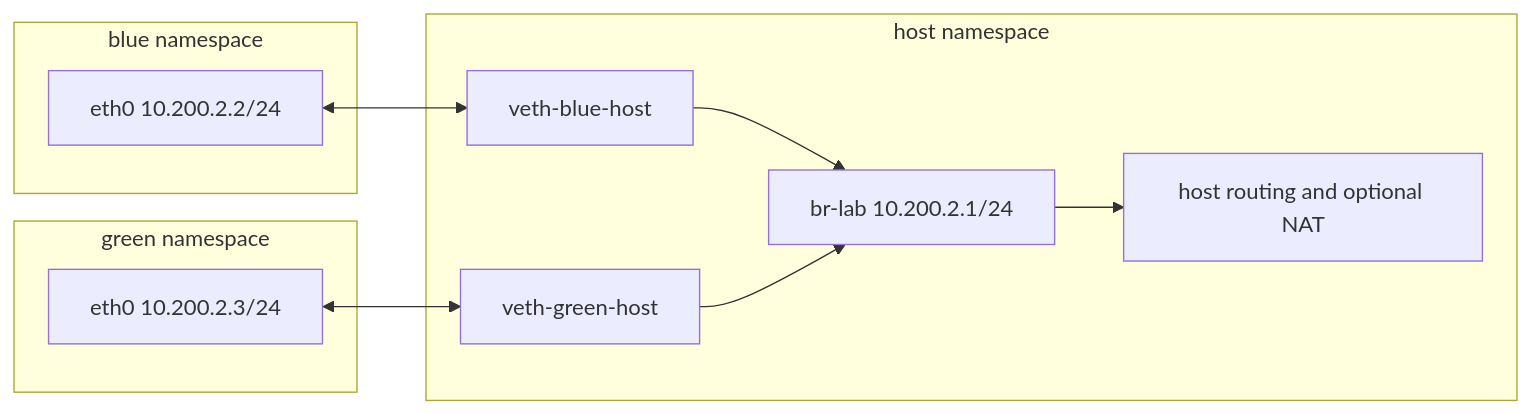
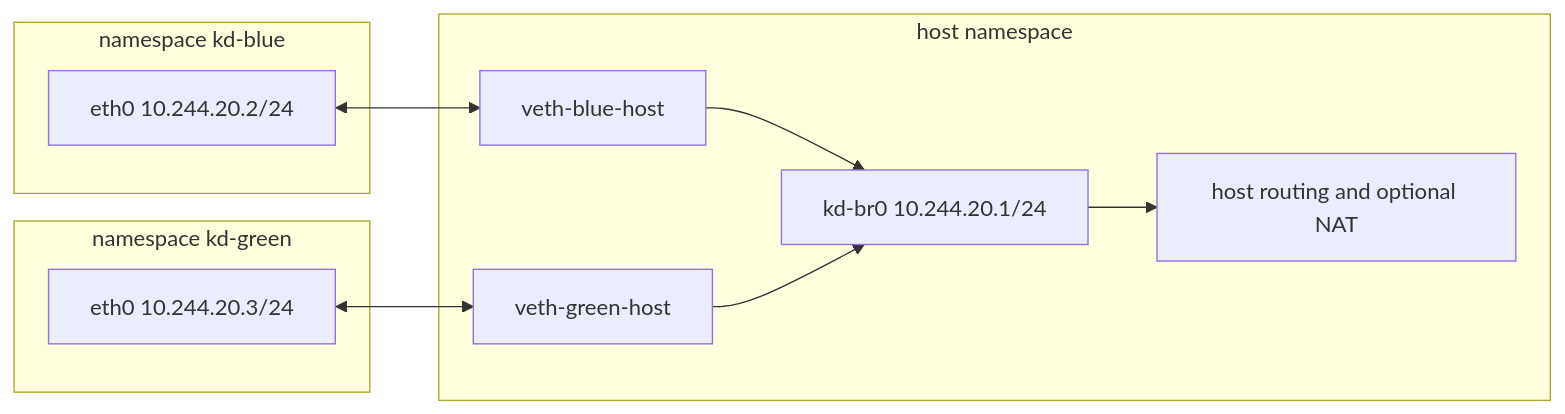
One commit to kube-dojo/kube-dojo changed the second of 3 diagrams in src/content/docs/linux/foundations/networking/module-3.3-network-namespaces.md. Above: the diagram before and after it, drawn with Mermaid. The commit also changed other lines of this file, not shown here.

````diff
--- a/src/content/docs/linux/foundations/networking/module-3.3-network-namespaces.md
+++ b/src/content/docs/linux/foundations/networking/module-3.3-network-namespaces.md
@@ -146,23 +224,23 @@
 ```mermaid
 flowchart LR
-    subgraph Blue["blue namespace"]
-        BETH["eth0 10.200.2.2/24"]
+    subgraph PodA["namespace kd-blue"]
+        BETH["eth0 10.244.20.2/24"]
     end
 
-    subgraph Green["green namespace"]
-        GETH["eth0 10.200.2.3/24"]
+    subgraph PodB["namespace kd-green"]
+        GETH["eth0 10.244.20.3/24"]
     end
 
     subgraph Host["host namespace"]
         BVETH["veth-blue-host"]
         GVETH["veth-green-host"]
-        BR["br-lab 10.200.2.1/24"]
+        BR["kd-br0 10.244.20.1/24"]
         ROUTE["host routing and optional NAT"]
     end
 
     BETH <--> BVETH
     GETH <--> GVETH
     BVETH --> BR
     GVETH --> BR
     BR --> ROUTE
 ```
````
